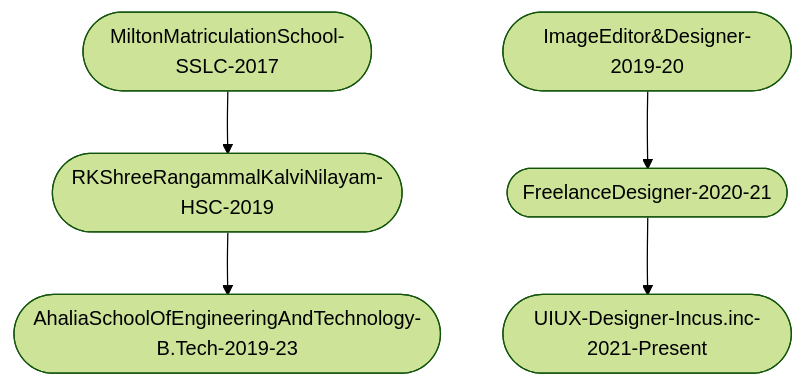
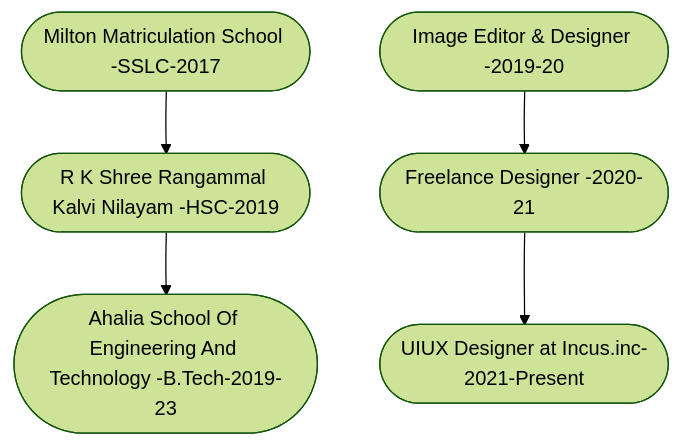
The diagram in README.md (hariprasd/hariprasd), drawn with Mermaid (forest theme) before and after one commit.

````diff
--- a/README.md
+++ b/README.md
@@ -33,7 +33,7 @@
 ```mermaid
 graph TD;
-    A([MiltonMatriculationSchool-SSLC-2017])-->B([RKShreeRangammalKalviNilayam-HSC-2019]);
-    B([RKShreeRangammalKalviNilayam-HSC-2019])-->C([AhaliaSchoolOfEngineeringAndTechnology-B.Tech-2019-23]);
-    D([ImageEditor&Designer-2019-20])-->E([FreelanceDesigner-2020-21]);
-    E([FreelanceDesigner-2020-21])-->F([UIUX-Designer-Incus.inc-2021-Present]);
+    A([Milton Matriculation School -SSLC-2017])-->B([R K Shree Rangammal Kalvi Nilayam -HSC-2019]);
+    B([R K Shree Rangammal Kalvi Nilayam -HSC-2019])-->C([Ahalia School Of Engineering And Technology -B.Tech-2019-23]);
+    D([Image Editor & Designer -2019-20])-->E([Freelance Designer -2020-21]);
+    E([Freelance Designer -2020-21])-->F([UIUX Designer at Incus.inc-2021-Present]);
 ```
````
